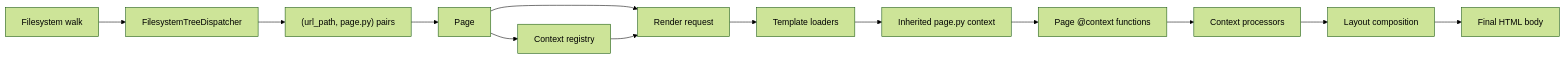
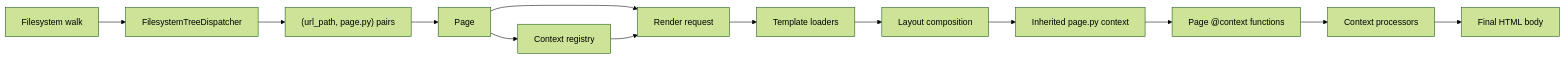
Before and after one commit to next-dj/next-dj: the diagram in docs/content/internals/page-discovery.rst, drawn with Mermaid (forest theme). The commit also changed other lines of this file and 73 other files, not shown here.

```diff
--- a/docs/content/internals/page-discovery.rst
+++ b/docs/content/internals/page-discovery.rst
@@ -21,15 +21,15 @@
 .. mermaid::
 
    flowchart LR
        Walk[Filesystem walk] --> Dispatcher[FilesystemTreeDispatcher]
        Dispatcher --> Pairs["(url_path, page.py) pairs"]
        Pairs --> Manager[Page]
        Manager --> ContextReg[Context registry]
        Manager --> RenderReq[Render request]
        ContextReg --> RenderReq
        RenderReq --> Loaders[Template loaders]
-       Loaders --> InheritedCtx[Inherited page.py context]
+       Loaders --> LayoutCompose[Layout composition]
+       LayoutCompose --> InheritedCtx[Inherited page.py context]
        InheritedCtx --> PageCtx[Page @context functions]
        PageCtx --> Processors[Context processors]
-       Processors --> LayoutCompose[Layout composition]
-       LayoutCompose --> Output[Final HTML body]
+       Processors --> Output[Final HTML body]
```
